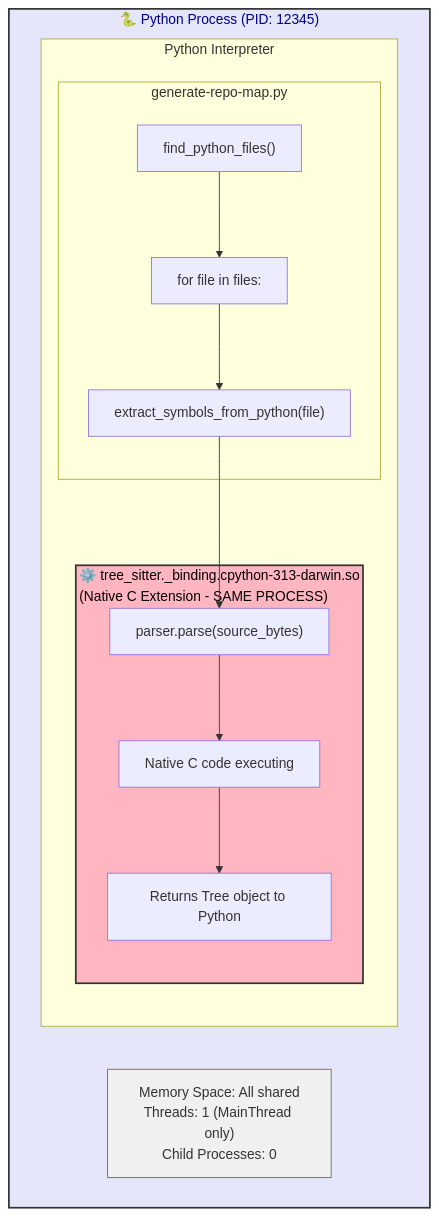
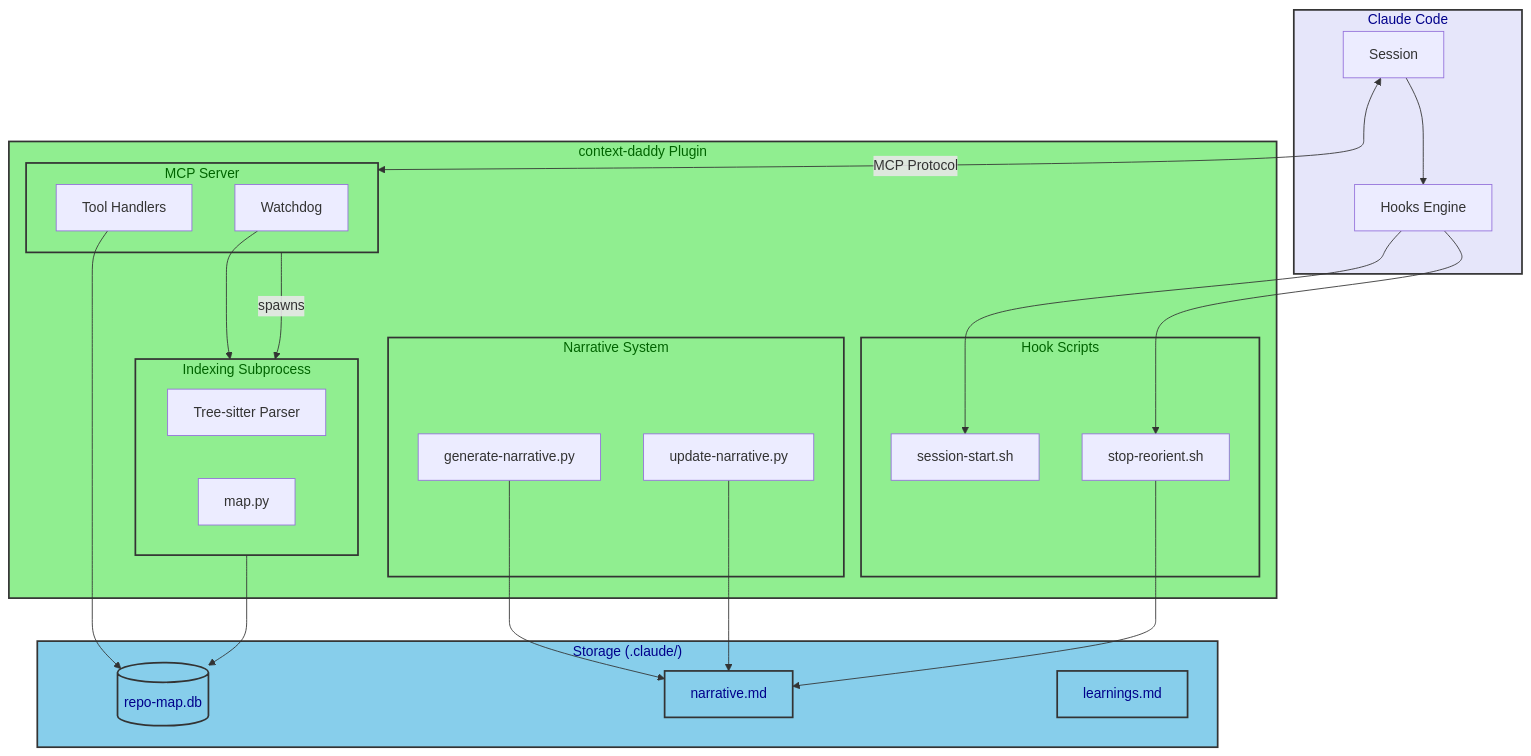
Before and after one commit to ChipFlow/context-daddy: the first of 3 diagrams in docs/architecture.md, drawn with Mermaid. The commit also changed other lines of this file and 4 other files, not shown here.

First line of the commit message:
Improve documentation: architecture rewrite and project story

````diff
--- a/docs/architecture.md
+++ b/docs/architecture.md
@@ -7,29 +16,58 @@
 ```mermaid
 flowchart TB
-    subgraph Process["🐍 Python Process (PID: 12345)"]
-        subgraph Interpreter["Python Interpreter"]
-            subgraph Script["generate-repo-map.py"]
-                A["find_python_files()"]
-                B["for file in files:"]
-                C["extract_symbols_from_python(file)"]
-                A --> B --> C
-            end
-            subgraph TreeSitter["⚙️ tree_sitter._binding.cpython-313-darwin.so<br/>(Native C Extension - SAME PROCESS)"]
-                D["parser.parse(source_bytes)"]
-                E["Native C code executing"]
-                F["Returns Tree object to Python"]
-                D --> E --> F
-            end
-            C --> D
-        end
-        Info["Memory Space: All shared<br/>Threads: 1 (MainThread only)<br/>Child Processes: 0"]
+    subgraph ClaudeCode["Claude Code"]
+        Session["Session"]
+        Hooks["Hooks Engine"]
     end
 
-    classDef process fill:#E6E6FA,stroke:#333,stroke-width:2px,color:darkblue
-    classDef native fill:#FFB6C1,stroke:#333,stroke-width:2px,color:black
-    classDef info fill:#F0F0F0,stroke:#666,stroke-width:1px,color:#333
+    subgraph Plugin["context-daddy Plugin"]
+        subgraph HookScripts["Hook Scripts"]
+            SessionStart["session-start.sh"]
+            Stop["stop-reorient.sh"]
+        end
 
-    class Process process
-    class TreeSitter native
-    class Info info
+        subgraph MCPServer["MCP Server"]
+            Tools["Tool Handlers"]
+            Watchdog["Watchdog"]
+        end
+
+        subgraph Indexing["Indexing Subprocess"]
+            TreeSitter["Tree-sitter Parser"]
+            MapGen["map.py"]
+        end
+
+        subgraph Narrative["Narrative System"]
+            GenNarrative["generate-narrative.py"]
+            UpdateNarrative["update-narrative.py"]
+        end
+    end
+
+    subgraph Storage["Storage (.claude/)"]
+        DB[(repo-map.db)]
+        NarrativeMD["narrative.md"]
+        Learnings["learnings.md"]
+    end
+
+    Session --> Hooks
+    Hooks --> SessionStart
+    Hooks --> Stop
+
+    Session <-->|"MCP Protocol"| MCPServer
+    Tools --> DB
+    Watchdog --> Indexing
+
+    MCPServer -->|"spawns"| Indexing
+    Indexing --> DB
+
+    GenNarrative --> NarrativeMD
+    UpdateNarrative --> NarrativeMD
+    Stop --> NarrativeMD
+
+    classDef claude fill:#E6E6FA,stroke:#333,stroke-width:2px,color:darkblue
+    classDef plugin fill:#90EE90,stroke:#333,stroke-width:2px,color:darkgreen
+    classDef storage fill:#87CEEB,stroke:#333,stroke-width:2px,color:darkblue
+
+    class ClaudeCode claude
+    class Plugin,HookScripts,MCPServer,Indexing,Narrative plugin
+    class Storage,DB,NarrativeMD,Learnings storage
 ```
````
